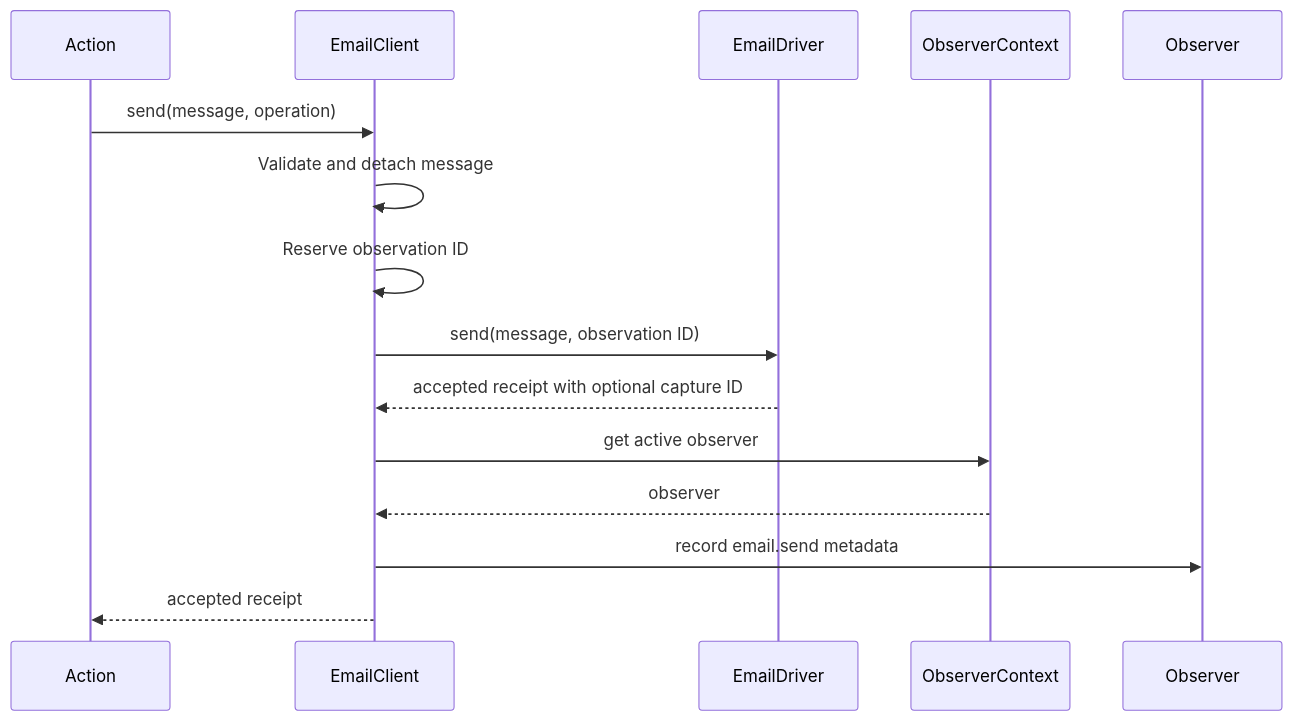
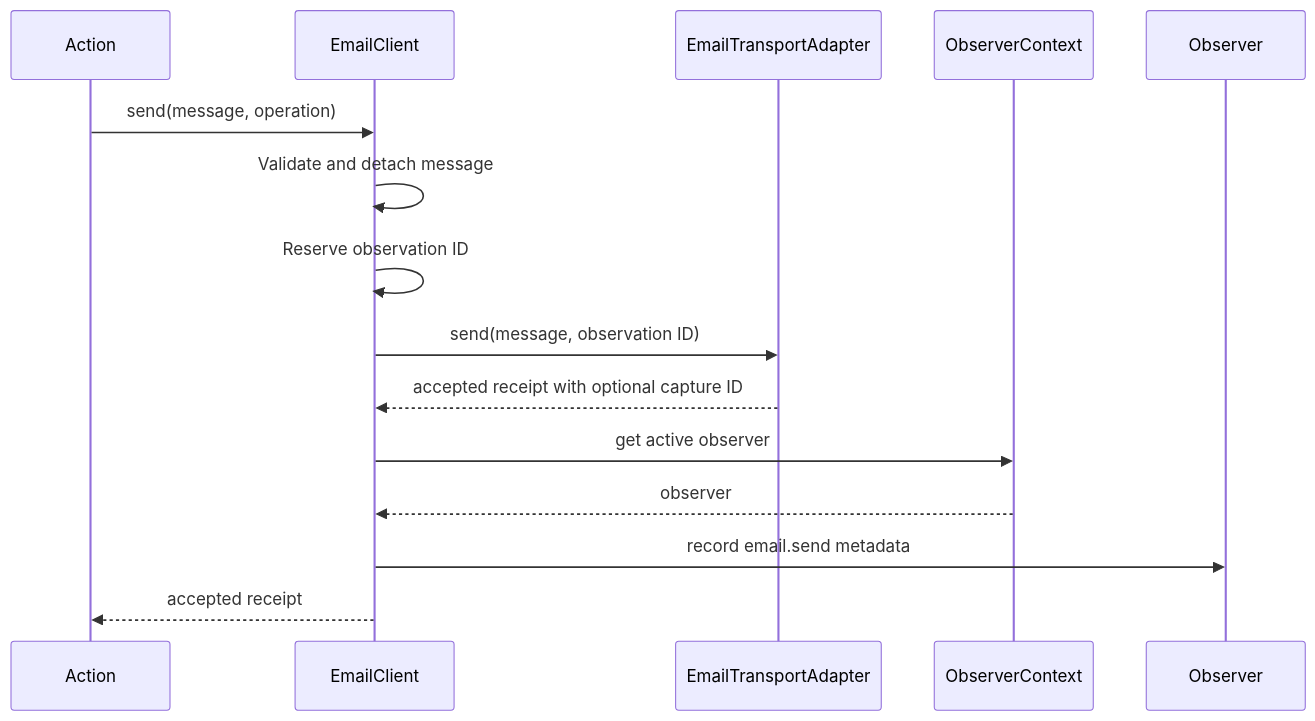
The second of 4 diagrams in docs/implementation/email.md (antarestupin/kestrel-framework), drawn with Mermaid before and after one commit. The commit also changed other lines of this file and 212 other files, not shown here.

````diff
--- a/docs/implementation/email.md
+++ b/docs/implementation/email.md
@@ -239,18 +190,18 @@
 ```mermaid
 sequenceDiagram
     participant Action
     participant Client as EmailClient
-    participant Driver as EmailDriver
+    participant Driver as EmailTransportAdapter
     participant Context as ObserverContext
     participant Observer
 
     Action->>Client: send(message, operation)
     Client->>Client: Validate and detach message
     Client->>Client: Reserve observation ID
     Client->>Driver: send(message, observation ID)
     Driver-->>Client: accepted receipt with optional capture ID
     Client->>Context: get active observer
     Context-->>Client: observer
     Client->>Observer: record email.send metadata
     Client-->>Action: accepted receipt
 ```
````
